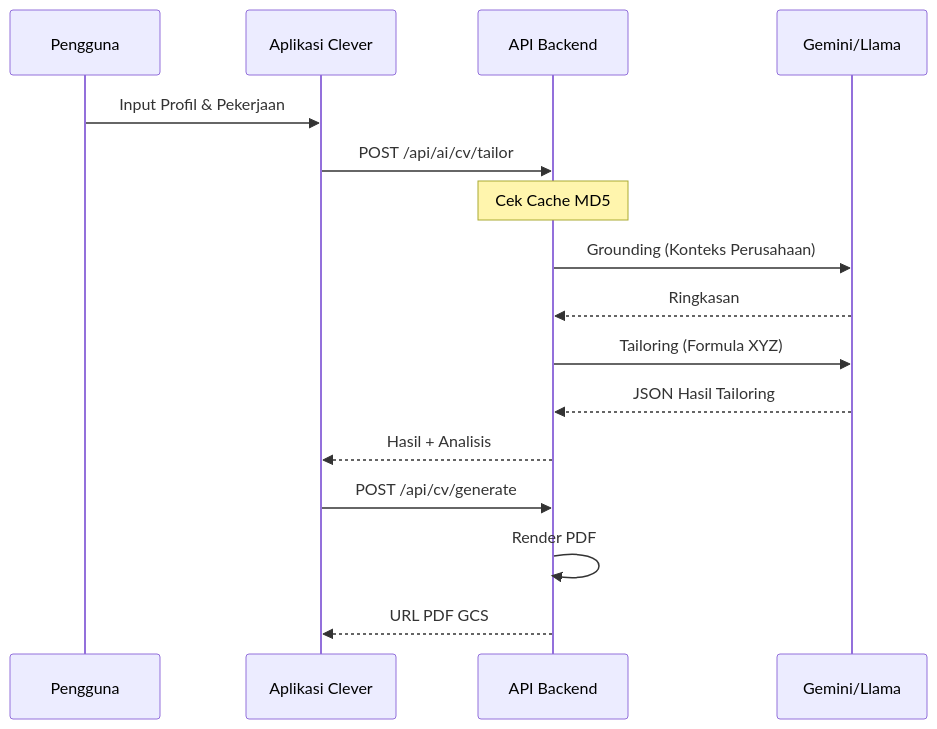
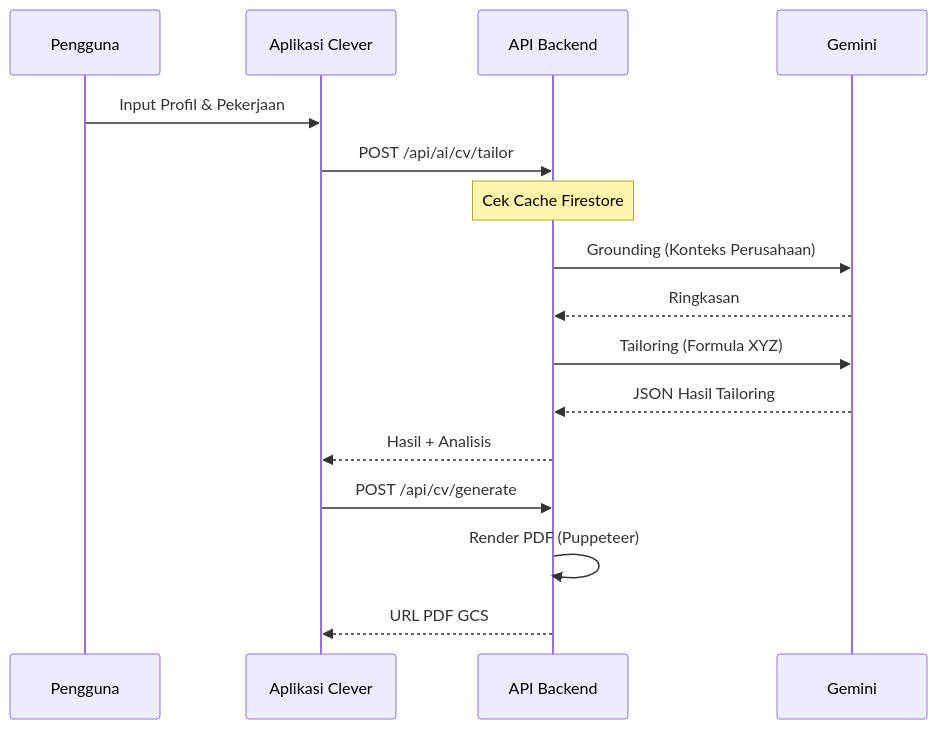
One commit to Amrlmlna/CleVer changed the second of 2 diagrams in README_ID.md. Above: the diagram before and after it, drawn with Mermaid. The commit also changed other lines of this file and 1 other file, not shown here.

````diff
--- a/README_ID.md
+++ b/README_ID.md
@@ -88,19 +84,19 @@
 ```mermaid
 sequenceDiagram
     participant Pengguna
     participant App as Aplikasi Clever
     participant API as API Backend
-    participant AI as Gemini/Llama
+    participant AI as Gemini
 
     Pengguna->>App: Input Profil & Pekerjaan
     App->>API: POST /api/ai/cv/tailor
-    Note over API: Cek Cache MD5
+    Note over API: Cek Cache Firestore
     API->>AI: Grounding (Konteks Perusahaan)
     AI-->>API: Ringkasan
     API->>AI: Tailoring (Formula XYZ)
     AI-->>API: JSON Hasil Tailoring
     API-->>App: Hasil + Analisis
     App->>API: POST /api/cv/generate
-    API->>API: Render PDF
+    API->>API: Render PDF (Puppeteer)
     API-->>App: URL PDF GCS
 ```
````
